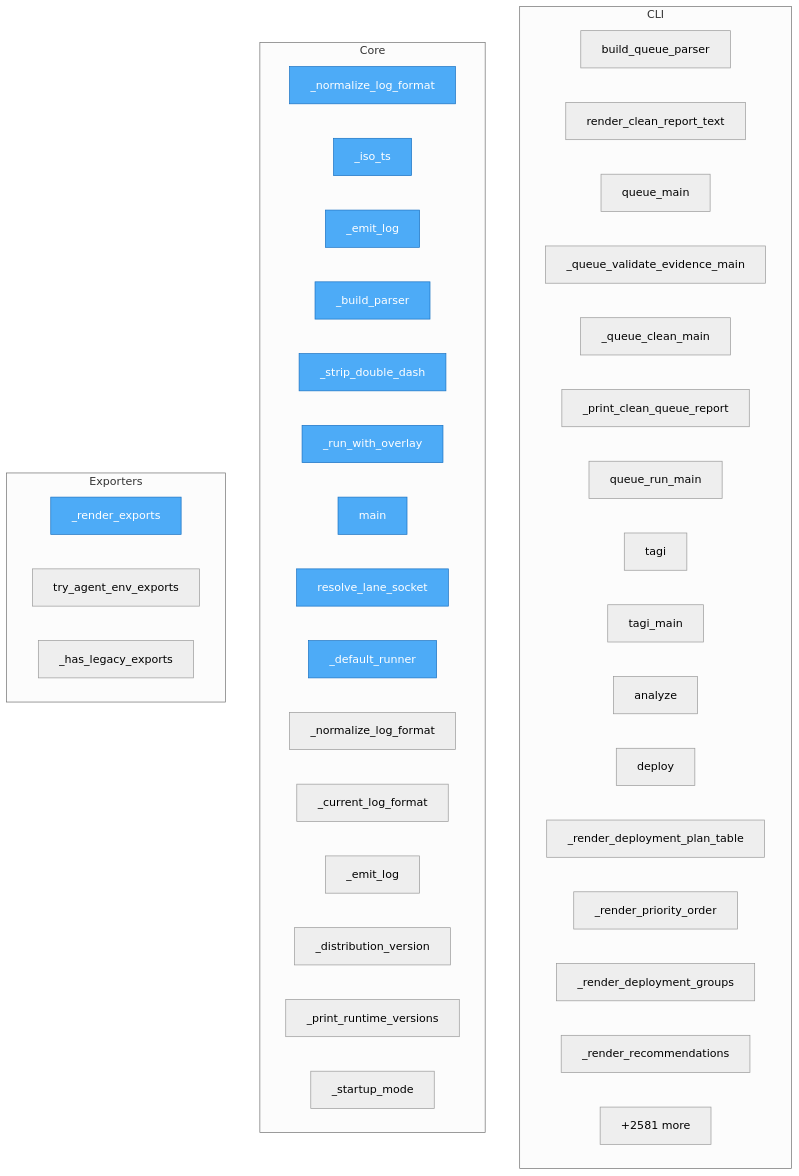
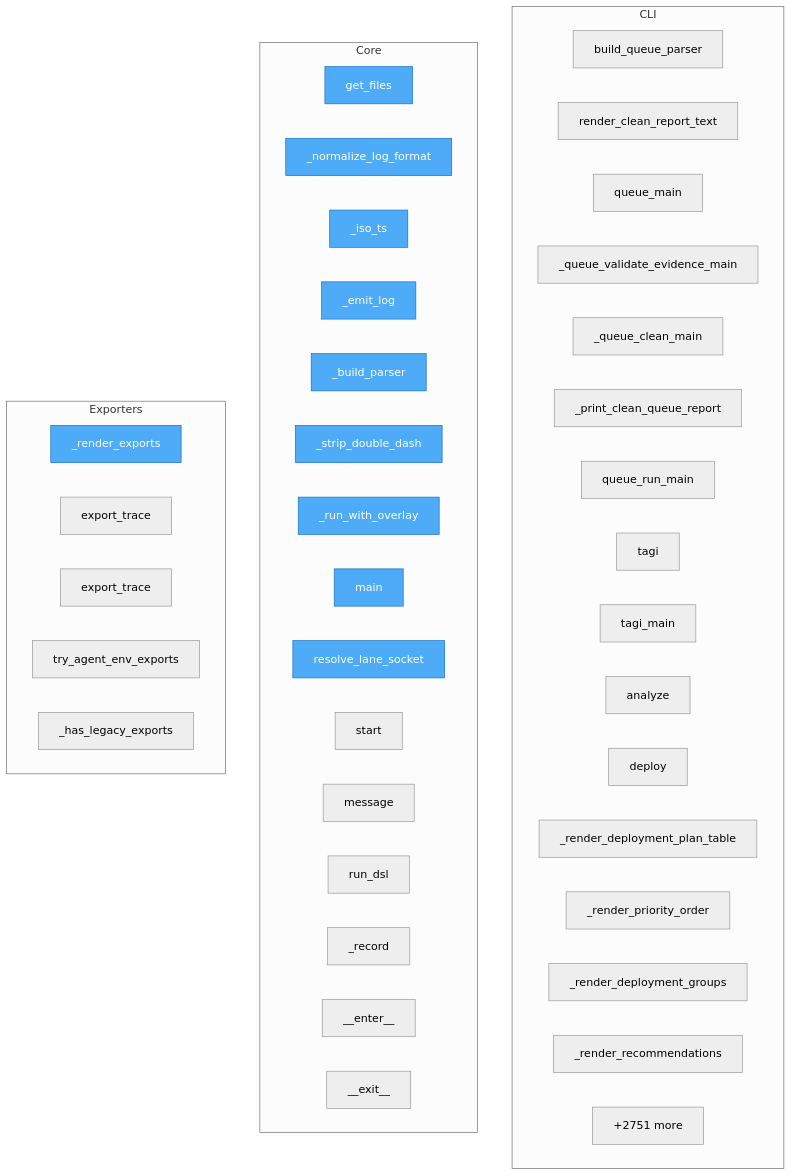
Before and after one commit to semcod/koru: the diagram in project/flow.mmd, drawn with Mermaid (neutral theme). The commit also changed 82 other files, not shown here.

```diff
--- a/project/flow.mmd
+++ b/project/flow.mmd
@@ -1,51 +1,53 @@
 flowchart TD
-%% generated in 0.56s
+%% generated in 1.52s
 
     %% Entry points (blue)
     classDef entry fill:#4dabf7,stroke:#1971c2,color:#fff
 
     subgraph CLI
         koru__cli_queue__build_queue_parser["build_queue_parser"]
         koru__cli_queue__render_clean_report_text["render_clean_report_text"]
         koru__cli_queue__queue_main["queue_main"]
         koru__cli_queue___queue_validate_evidence_main["_queue_validate_evidence_main"]
         koru__cli_queue___queue_clean_main["_queue_clean_main"]
         koru__cli_queue___print_clean_queue_report["_print_clean_queue_report"]
         koru__cli_queue__queue_run_main["queue_run_main"]
         koru__cli_tagi__tagi["tagi"]
         koru__cli_tagi__tagi_main["tagi_main"]
         koru__cli_tagi__analyze["analyze"]
         koru__cli_tagi__deploy["deploy"]
         koru__cli_tagi___render_deployment_plan_table["_render_deployment_plan_table"]
         koru__cli_tagi___render_priority_order["_render_priority_order"]
         koru__cli_tagi___render_deployment_groups["_render_deployment_groups"]
         koru__cli_tagi___render_recommendations["_render_recommendations"]
         ...["+4 more"]
     end
 
     subgraph Core
+        check_dups__get_files["get_files"]
         packages__koruenv__src__koruenv__cli___normalize_log_format["_normalize_log_format"]
         packages__koruenv__src__koruenv__cli___iso_ts["_iso_ts"]
         packages__koruenv__src__koruenv__cli___emit_log["_emit_log"]
         packages__koruenv__src__koruenv__cli___build_parser["_build_parser"]
         packages__koruenv__src__koruenv__cli___strip_double_dash["_strip_double_dash"]
         packages__koruenv__src__koruenv__cli___run_with_overlay["_run_with_overlay"]
         packages__koruenv__src__koruenv__cli__main["main"]
         packages__koruenv__src__koruenv__lane__resolve_lane_socket["resolve_lane_socket"]
-        packages__coru__src__coru__ecosystem___default_runner["_default_runner"]
-        packages__coru__src__coru__cli___normalize_log_format["_normalize_log_format"]
-        packages__coru__src__coru__cli___current_log_format["_current_log_format"]
-        packages__coru__src__coru__cli___emit_log["_emit_log"]
-        packages__coru__src__coru__cli___distribution_version["_distribution_version"]
-        packages__coru__src__coru__cli___print_runtime_versions["_print_runtime_versions"]
-        packages__coru__src__coru__cli___startup_mode["_startup_mode"]
-        ...["+2581 more"]
+        packages__nlpshim__src__nlpshim__conversation_client__ConversationTestClient__start["start"]
+        packages__nlpshim__src__nlpshim__conversation_client__ConversationTestClient__message["message"]
+        packages__nlpshim__src__nlpshim__conversation_client__ConversationTestClient__run_dsl["run_dsl"]
+        packages__nlpshim__src__nlpshim__conversation_client__ConversationTestClient___record["_record"]
+        packages__nlpshim__src__nlpshim__client__FallbackNLP2DSLClient____enter__["__enter__"]
+        packages__nlpshim__src__nlpshim__client__FallbackNLP2DSLClient____exit__["__exit__"]
+        ...["+2751 more"]
     end
 
     subgraph Exporters
         packages__koruenv__src__koruenv__cli___render_exports["_render_exports"]
+        packages__nlpshim__src__nlpshim__conversation_client__ConversationTestClient__export_trace["export_trace"]
+        packages__nlpshim__src__nlpshim__conversation_test_api__export_trace["export_trace"]
         src__koru__agent_cli_helpers__try_agent_env_exports["try_agent_env_exports"]
         src__koru__cli___has_legacy_exports["_has_legacy_exports"]
     end
 
-    class packages__koruenv__src__koruenv__cli___normalize_log_format,packages__koruenv__src__koruenv__cli___iso_ts,packages__koruenv__src__koruenv__cli___emit_log,packages__koruenv__src__koruenv__cli___build_parser,packages__koruenv__src__koruenv__cli___render_exports,packages__koruenv__src__koruenv__cli___strip_double_dash,packages__koruenv__src__koruenv__cli___run_with_overlay,packages__koruenv__src__koruenv__cli__main,packages__koruenv__src__koruenv__lane__resolve_lane_socket,packages__coru__src__coru__ecosystem___default_runner entry
+    class check_dups__get_files,packages__koruenv__src__koruenv__cli___normalize_log_format,packages__koruenv__src__koruenv__cli___iso_ts,packages__koruenv__src__koruenv__cli___emit_log,packages__koruenv__src__koruenv__cli___build_parser,packages__koruenv__src__koruenv__cli___render_exports,packages__koruenv__src__koruenv__cli___strip_double_dash,packages__koruenv__src__koruenv__cli___run_with_overlay,packages__koruenv__src__koruenv__cli__main,packages__koruenv__src__koruenv__lane__resolve_lane_socket entry
```
